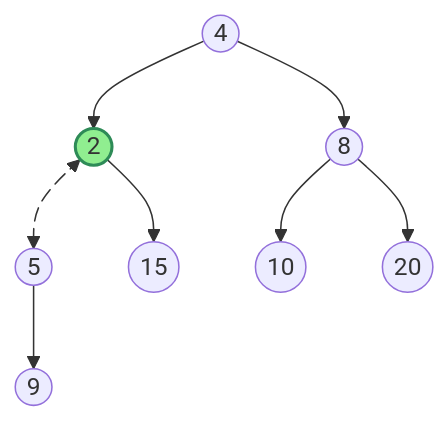
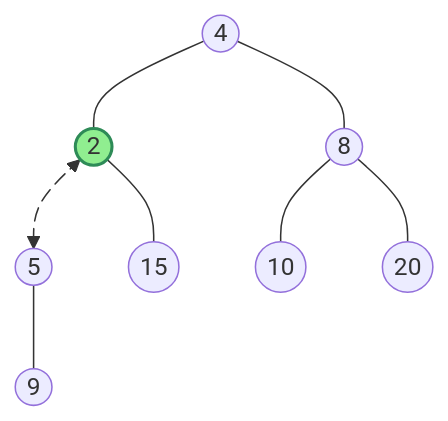
The sixth of 17 diagrams in lectures/lect-11-Heap.md (ruslylove/datastruct), drawn with Mermaid before and after one commit. The commit also changed other lines of this file, not shown here.

Commit message:
update diagram and bottom-up heap theorem.

````diff
--- a/lectures/lect-11-Heap.md
+++ b/lectures/lect-11-Heap.md
@@ -246,12 +246,12 @@
 ```mermaid 
 graph TD
-    A((4)) --> B((2))
-    A --> C((8))
+    A((4)) --- B((2))
+    A --- C((8))
     B e1@<--> D((5))
-    B --> E((15))
-    C --> F((10))
-    C --> G((20))
-    D --> H((9))
+    B --- E((15))
+    C --- F((10))
+    C --- G((20))
+    D --- H((9))
     style B fill:#90EE90,stroke:#2E8B57,stroke-width:2px
     e1@{ animate : true }
 ```
````
